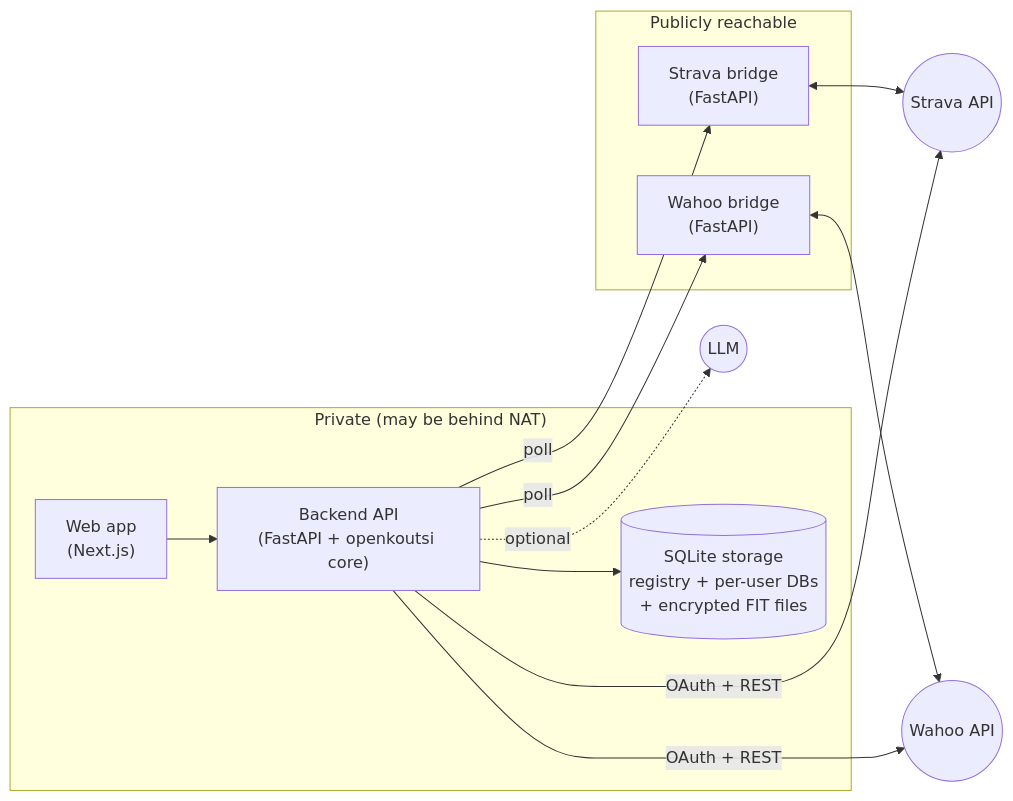
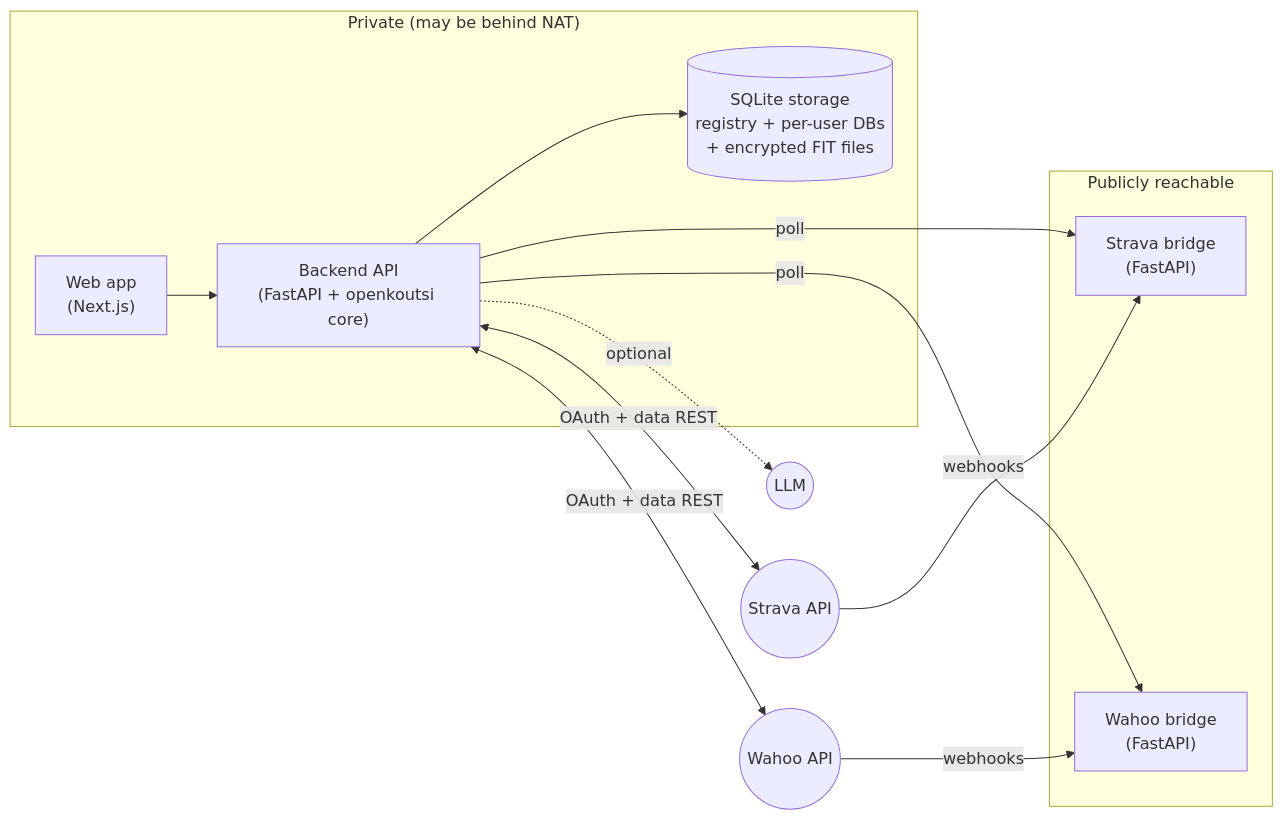
One commit to openkoutsi/openkoutsi-arch changed the diagram in docs/architecture/overview.md. Above: the diagram before and after it, drawn with Mermaid. The commit also changed 1 other file, not shown here.

Commit message:
docs: correct provider connection edges in architecture diagrams
The bridges only receive provider webhooks; OAuth and activity-data
REST calls are made by the main app directly to Strava/Wahoo. Update
the home and overview diagrams so webhooks flow provider → bridge and
the OAuth + data connection is shown between the main app and the
providers.

Claude-Session: https://claude.ai/code/session_01331CrW6jxX6eN27ivHNEHa

````diff
--- a/docs/architecture/overview.md
+++ b/docs/architecture/overview.md
@@ -8,21 +8,21 @@
 ```mermaid
 flowchart LR
     subgraph Public["Publicly reachable"]
         SB["Strava bridge<br/>(FastAPI)"]
         WB["Wahoo bridge<br/>(FastAPI)"]
     end
     subgraph Private["Private (may be behind NAT)"]
         Web["Web app<br/>(Next.js)"]
         API["Backend API<br/>(FastAPI + openkoutsi core)"]
         Store[("SQLite storage<br/>registry + per-user DBs<br/>+ encrypted FIT files")]
     end
     Web --> API
     API --> Store
     API -->|poll| SB
     API -->|poll| WB
-    SB <--> Strava(("Strava API"))
-    WB <--> Wahoo(("Wahoo API"))
-    API -->|OAuth + REST| Strava
-    API -->|OAuth + REST| Wahoo
+    Strava(("Strava API")) -->|webhooks| SB
+    Wahoo(("Wahoo API")) -->|webhooks| WB
+    API <-->|"OAuth + data REST"| Strava
+    API <-->|"OAuth + data REST"| Wahoo
     API -.->|optional| LLM(("LLM"))
 ```
````
